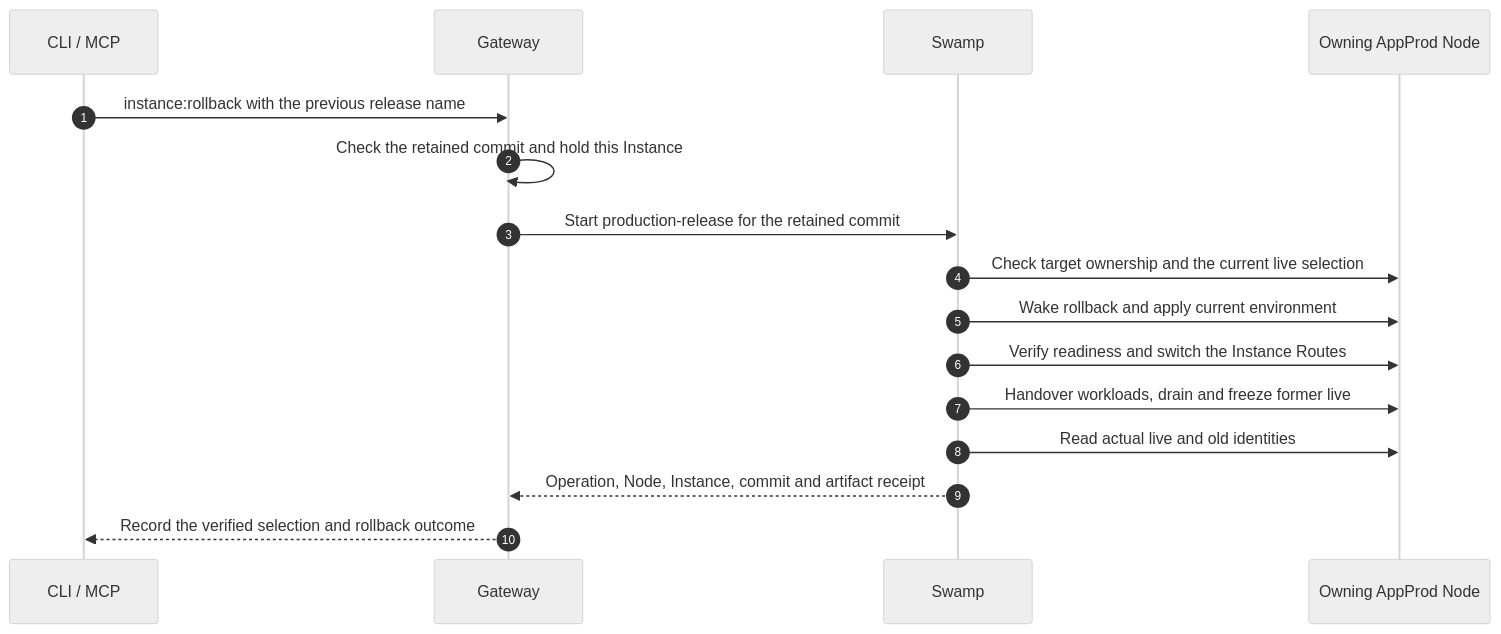
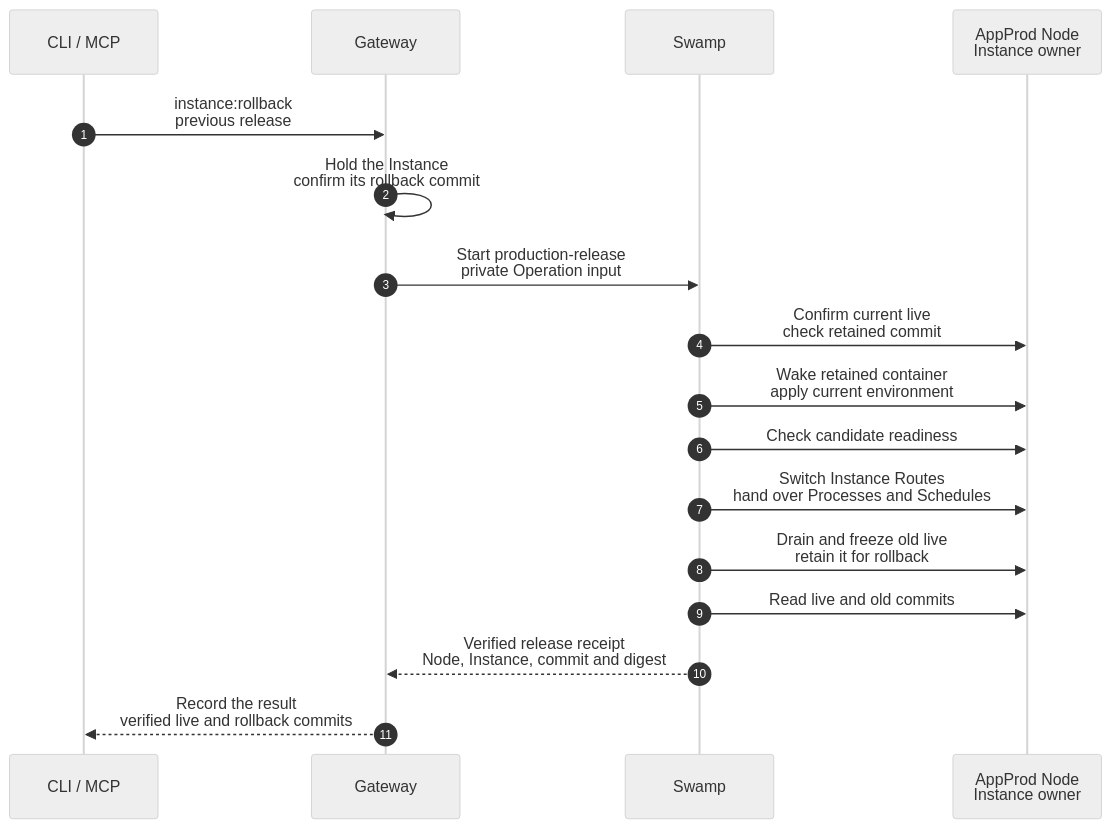
Before and after one commit to hardimpactdev/orbit: the diagram in docs/cli/instance/container/rollback-production.mmd, drawn with Mermaid (neutral theme). The commit also changed 9 other files, not shown here.

Commit message:
Align production charts with shared, retained and legacy workflows

```diff
--- a/docs/cli/instance/container/rollback-production.mmd
+++ b/docs/cli/instance/container/rollback-production.mmd
@@ -1,19 +1,20 @@
 sequenceDiagram
   %% command: instance:rollback
   %% kind: instance.rollback
   %% status: migrated
   autonumber
   participant CLI as CLI / MCP
   participant GW as Gateway
   participant SW as Swamp
-  participant N as Owning AppProd Node
-  CLI->>GW: instance:rollback with the previous release name
-  GW->>GW: Check the retained commit and hold this Instance
-  GW->>SW: Start production-release for the retained commit
-  SW->>N: Check target ownership and the current live selection
-  SW->>N: Wake rollback and apply current environment
-  SW->>N: Verify readiness and switch the Instance Routes
-  SW->>N: Handover workloads, drain and freeze former live
-  SW->>N: Read actual live and old identities
-  SW-->>GW: Operation, Node, Instance, commit and artifact receipt
-  GW-->>CLI: Record the verified selection and rollback outcome
+  participant N as AppProd Node<br/>Instance owner
+  CLI->>GW: instance:rollback<br/>previous release
+  GW->>GW: Hold the Instance<br/>confirm its rollback commit
+  GW->>SW: Start production-release<br/>private Operation input
+  SW->>N: Confirm current live<br/>check retained commit
+  SW->>N: Wake retained container<br/>apply current environment
+  SW->>N: Check candidate readiness
+  SW->>N: Switch Instance Routes<br/>hand over Processes and Schedules
+  SW->>N: Drain and freeze old live<br/>retain it for rollback
+  SW->>N: Read live and old commits
+  SW-->>GW: Verified release receipt<br/>Node, Instance, commit and digest
+  GW-->>CLI: Record the result<br/>verified live and rollback commits
```
